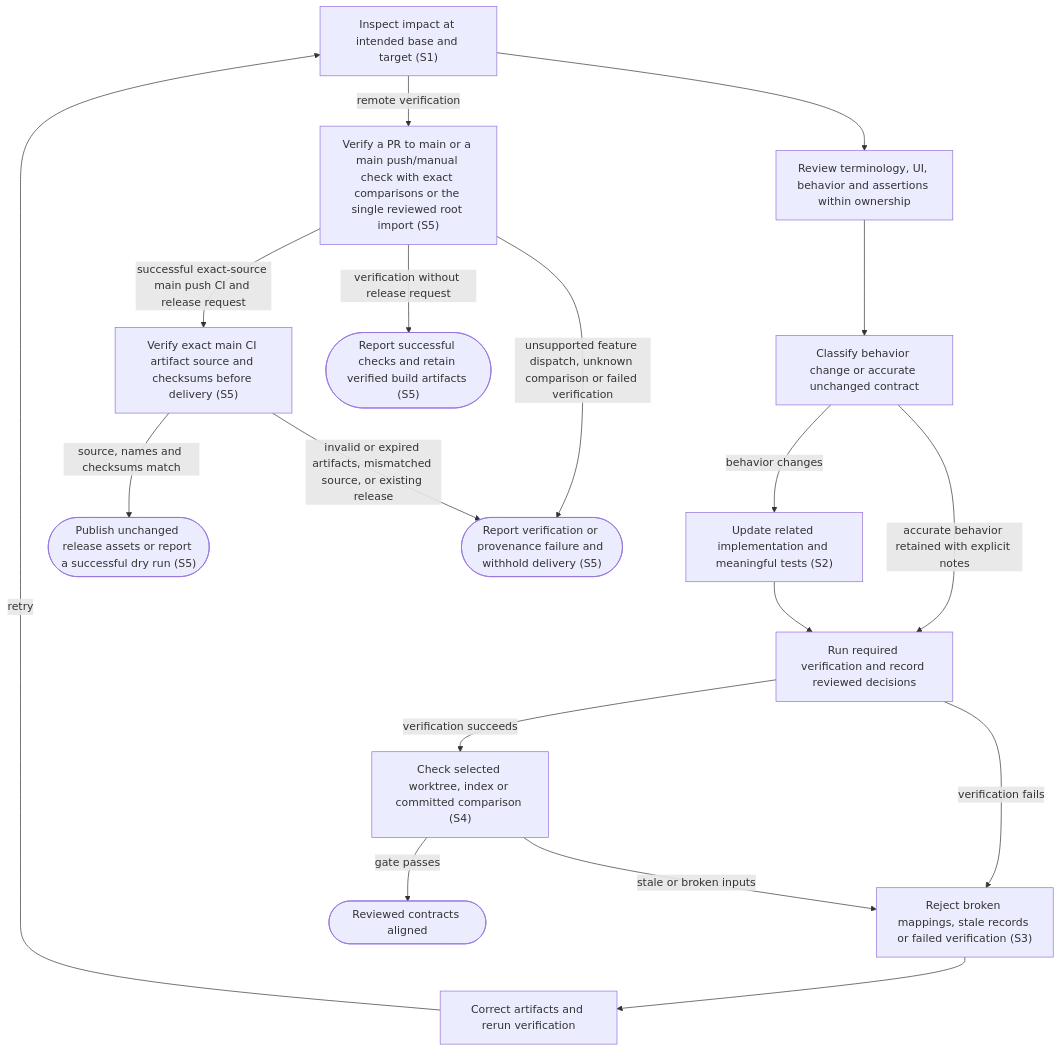
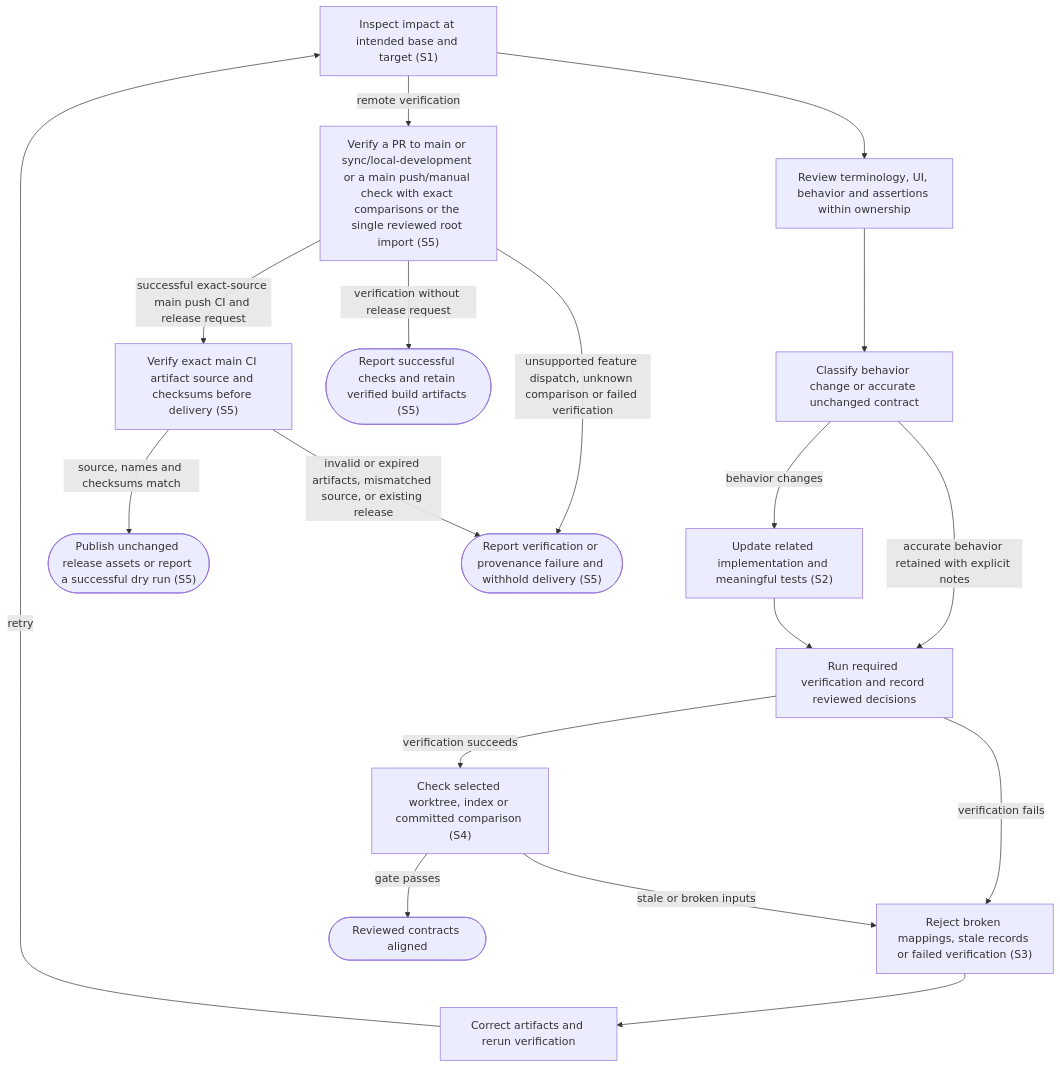
Before and after one commit to dk-code-factory/code-factory-plugin: the diagram in docs/user-flows/maintain-flow-contracts.md, drawn with Mermaid. The commit also changed other lines of this file and 4 other files, not shown here.

First line of the commit message:
Check development-target pull requests before merge

````diff
--- a/docs/user-flows/maintain-flow-contracts.md
+++ b/docs/user-flows/maintain-flow-contracts.md
@@ -46,34 +46,34 @@
 ```mermaid
 flowchart TD
     N0["Inspect impact at intended base and target #40;S1#41;"]
     N1["Review terminology, UI, behavior and assertions within ownership"]
     N2["Classify behavior change or accurate unchanged contract"]
     N3["Update related implementation and meaningful tests #40;S2#41;"]
     N4["Run required verification and record reviewed decisions"]
     N5["Check selected worktree, index or committed comparison #40;S4#41;"]
     N6["Reject broken mappings, stale records or failed verification #40;S3#41;"]
     N7["Correct artifacts and rerun verification"]
     N8(["Reviewed contracts aligned"])
-    N9["Verify a PR to main or a main push/manual check with exact comparisons or the single reviewed root import #40;S5#41;"]
+    N9["Verify a PR to main or sync/local-development or a main push/manual check with exact comparisons or the single reviewed root import #40;S5#41;"]
     N10["Verify exact main CI artifact source and checksums before delivery #40;S5#41;"]
     N11(["Publish unchanged release assets or report a successful dry run #40;S5#41;"])
     N12(["Report successful checks and retain verified build artifacts #40;S5#41;"])
     N13(["Report verification or provenance failure and withhold delivery #40;S5#41;"])
     N0 --> N1
     N1 --> N2
     N2 -->|"behavior changes"| N3
     N2 -->|"accurate behavior retained with explicit notes"| N4
     N3 --> N4
     N4 -->|"verification succeeds"| N5
     N4 -->|"verification fails"| N6
     N5 -->|"stale or broken inputs"| N6
     N6 --> N7
     N7 -->|"retry"| N0
     N5 -->|"gate passes"| N8
     N0 -->|"remote verification"| N9
     N9 -->|"successful exact-source main push CI and release request"| N10
     N10 -->|"source, names and checksums match"| N11
     N9 -->|"verification without release request"| N12
     N9 -->|"unsupported feature dispatch, unknown comparison or failed verification"| N13
     N10 -->|"invalid or expired artifacts, mismatched source, or existing release"| N13
 ```
````
